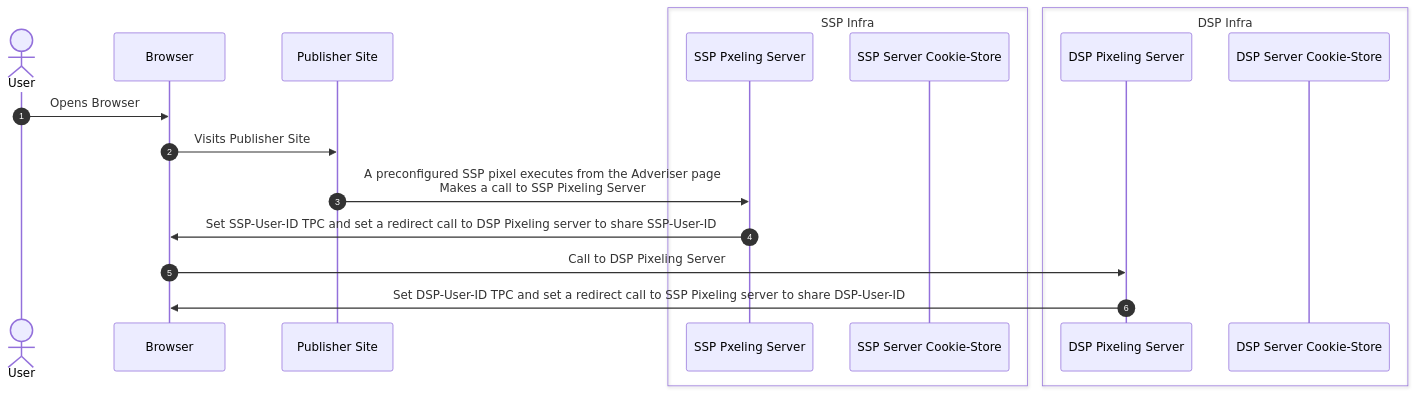
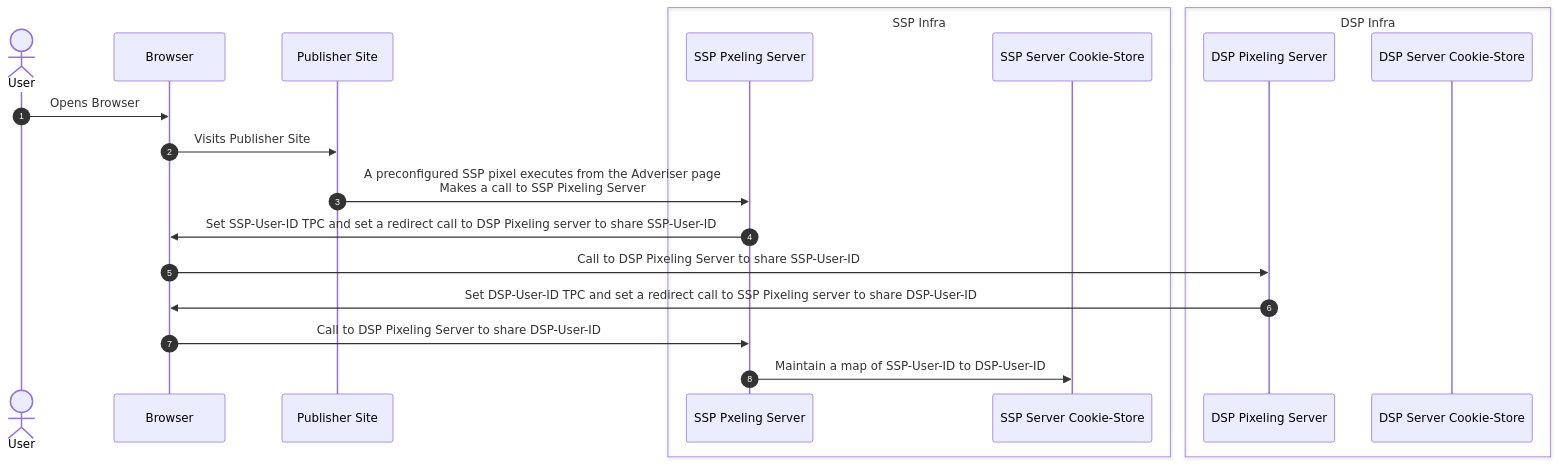
The second of 2 diagrams in Fledge/RetargetingWithCookies.md (pm-harshad-mane/Diagrams), drawn with Mermaid before and after one commit.

````diff
--- a/Fledge/RetargetingWithCookies.md
+++ b/Fledge/RetargetingWithCookies.md
@@ -24,22 +24,24 @@
 ```mermaid
 sequenceDiagram
     autonumber
     actor User
     participant Browser
     participant Pub as Publisher Site
     box SSP Infra
     participant SSP_pix as SSP Pxeling Server
     participant SSP_db as SSP Server Cookie-Store
     end
     box DSP Infra
     participant DSP_pix as DSP Pixeling Server
     participant DSP_db as DSP Server Cookie-Store
     end
 
     User->>Browser: Opens Browser
     Browser->>Pub: Visits Publisher Site
     Pub->>SSP_pix: A preconfigured SSP pixel executes from the Adveriser page  <br/> Makes a call to SSP Pixeling Server
     SSP_pix->>Browser: Set SSP-User-ID TPC and set a redirect call to DSP Pixeling server to share SSP-User-ID
-    Browser->>DSP_pix: Call to DSP Pixeling Server
+    Browser->>DSP_pix: Call to DSP Pixeling Server to share SSP-User-ID
     DSP_pix->>Browser: Set DSP-User-ID TPC and set a redirect call to SSP Pixeling server to share DSP-User-ID
+    Browser->>SSP_pix: Call to DSP Pixeling Server to share DSP-User-ID
+    SSP_pix->>SSP_db: Maintain a map of SSP-User-ID to DSP-User-ID
 ```
````
